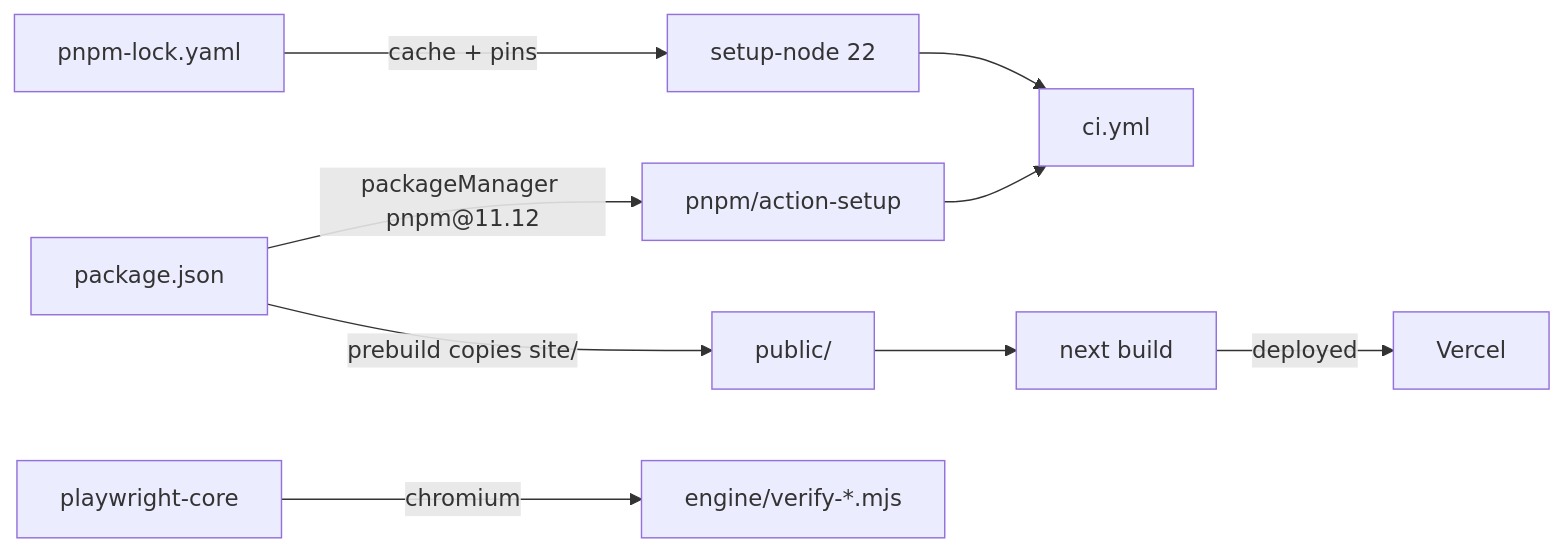
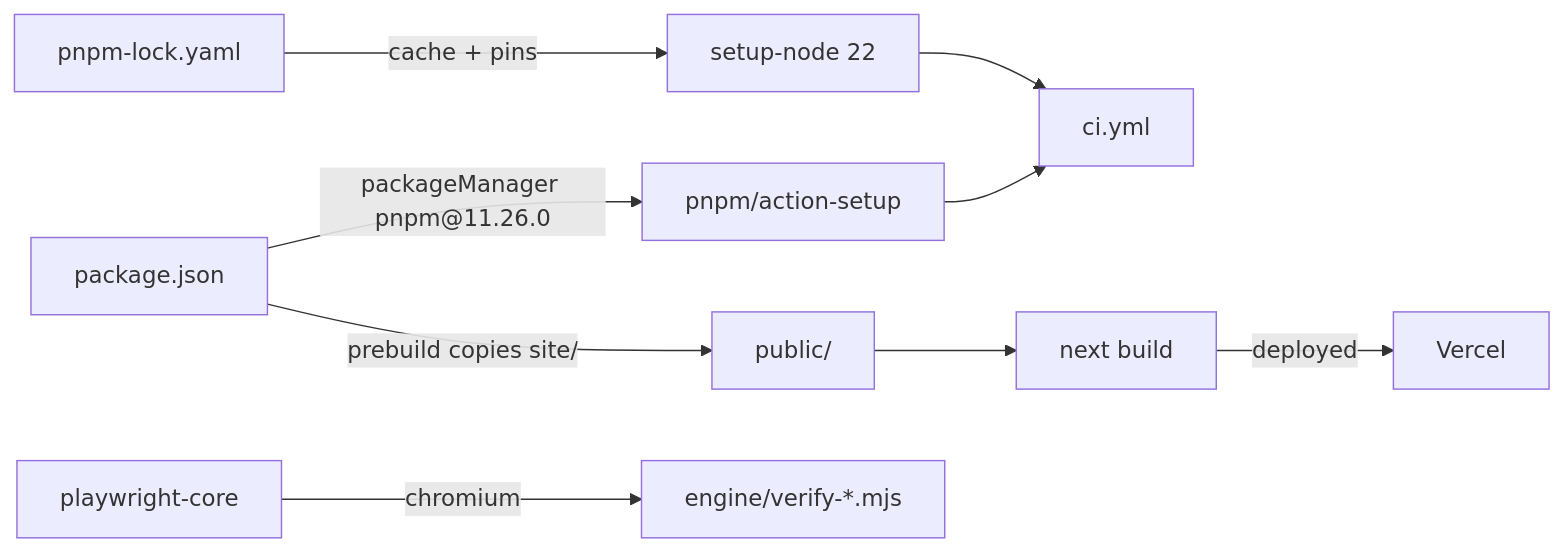
One commit to polariscollective/ai-character-index changed the diagram in ROOT.md. Above: the diagram before and after it, drawn with Mermaid. The commit also changed other lines of this file and 13 other files, not shown here.

````diff
--- a/ROOT.md
+++ b/ROOT.md
@@ -27,11 +27,11 @@
 ```mermaid
 graph LR
-  PJ[package.json] -->|packageManager pnpm@11.12| AS[pnpm/action-setup]
+  PJ[package.json] -->|packageManager pnpm@11.26.0| AS[pnpm/action-setup]
   LOCK[pnpm-lock.yaml] -->|cache + pins| SN[setup-node 22]
   AS --> CI[ci.yml]
   SN --> CI
   PJ -->|prebuild copies site/| PUB[public/]
   PUB --> NX[next build]
   NX -->|deployed| VC[Vercel]
   PW[playwright-core] -->|chromium| VE[engine/verify-*.mjs]
 ```
````
